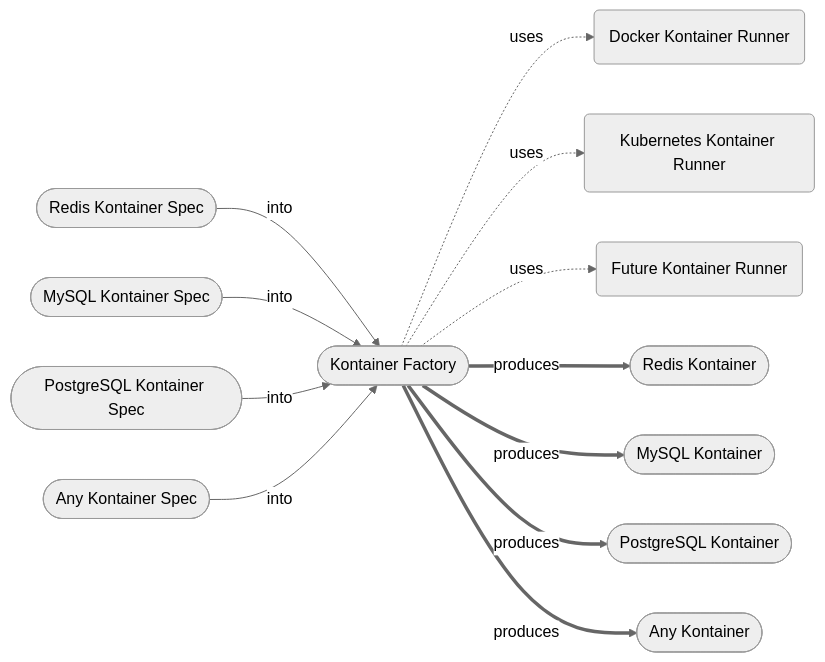
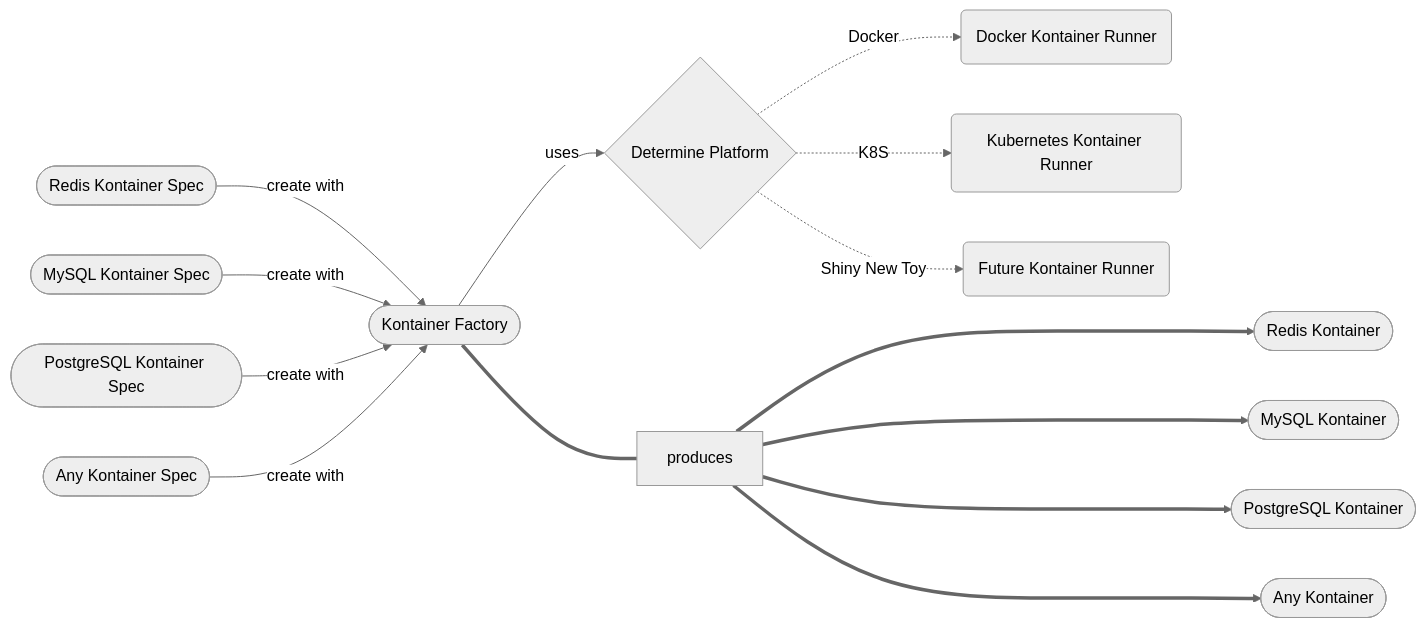
Before and after one commit to microkt/kontainers: the diagram in README.md, drawn with Mermaid (neutral theme).

````diff
--- a/README.md
+++ b/README.md
@@ -3,6 +3,9 @@
 ```mermaid
   flowchart LR;
-    S1([Redis Kontainer Spec]) & S2([MySQL Kontainer Spec]) & S3([PostgreSQL Kontainer Spec]) & S4([Any Kontainer Spec]) -- into --> Factory([Kontainer Factory])
-    Factory -. uses .-> DR(Docker Kontainer Runner) & KR(Kubernetes Kontainer Runner) & X(Future Kontainer Runner)
-    Factory == produces ==> RK([Redis Kontainer]) & MK([MySQL Kontainer]) & PK([PostgreSQL Kontainer]) & AK([Any Kontainer])
+    S1([Redis Kontainer Spec]) & S2([MySQL Kontainer Spec]) & S3([PostgreSQL Kontainer Spec]) & S4([Any Kontainer Spec]) -- create with --> Factory([Kontainer Factory])
+    Factory -- uses --> Platform{Determine Platform}
+    Platform -. Docker .-> DR(Docker Kontainer Runner)
+    Platform -. K8S .-> KR(Kubernetes Kontainer Runner) 
+    Platform -. Shiny New Toy .-> X(Future Kontainer Runner)
+    Factory === produces ===> RK([Redis Kontainer]) & MK([MySQL Kontainer]) & PK([PostgreSQL Kontainer]) & AK([Any Kontainer])
 ```
````
